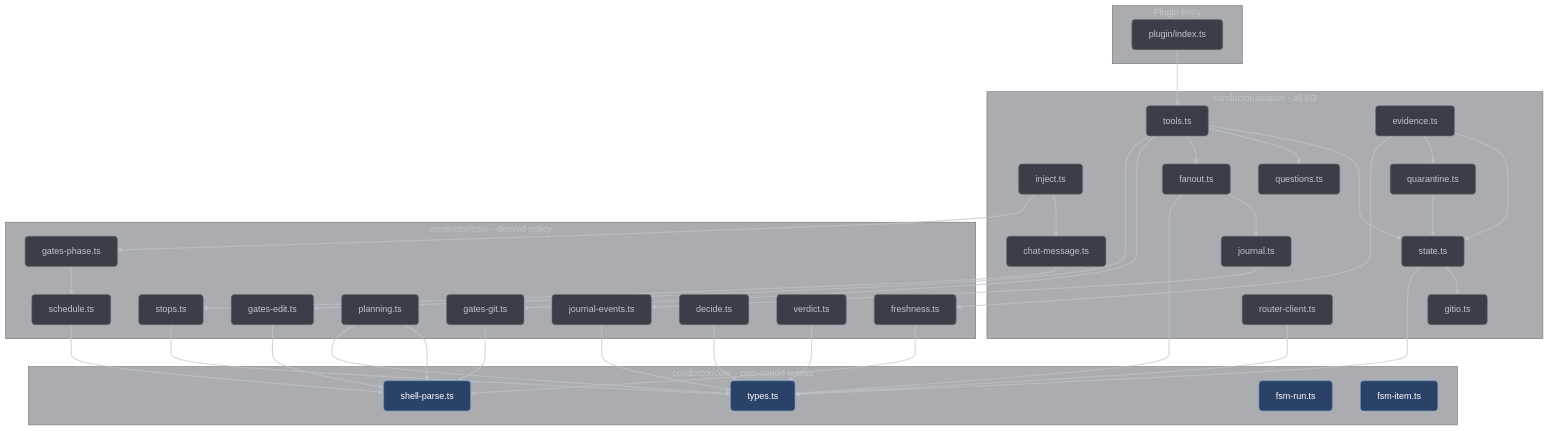
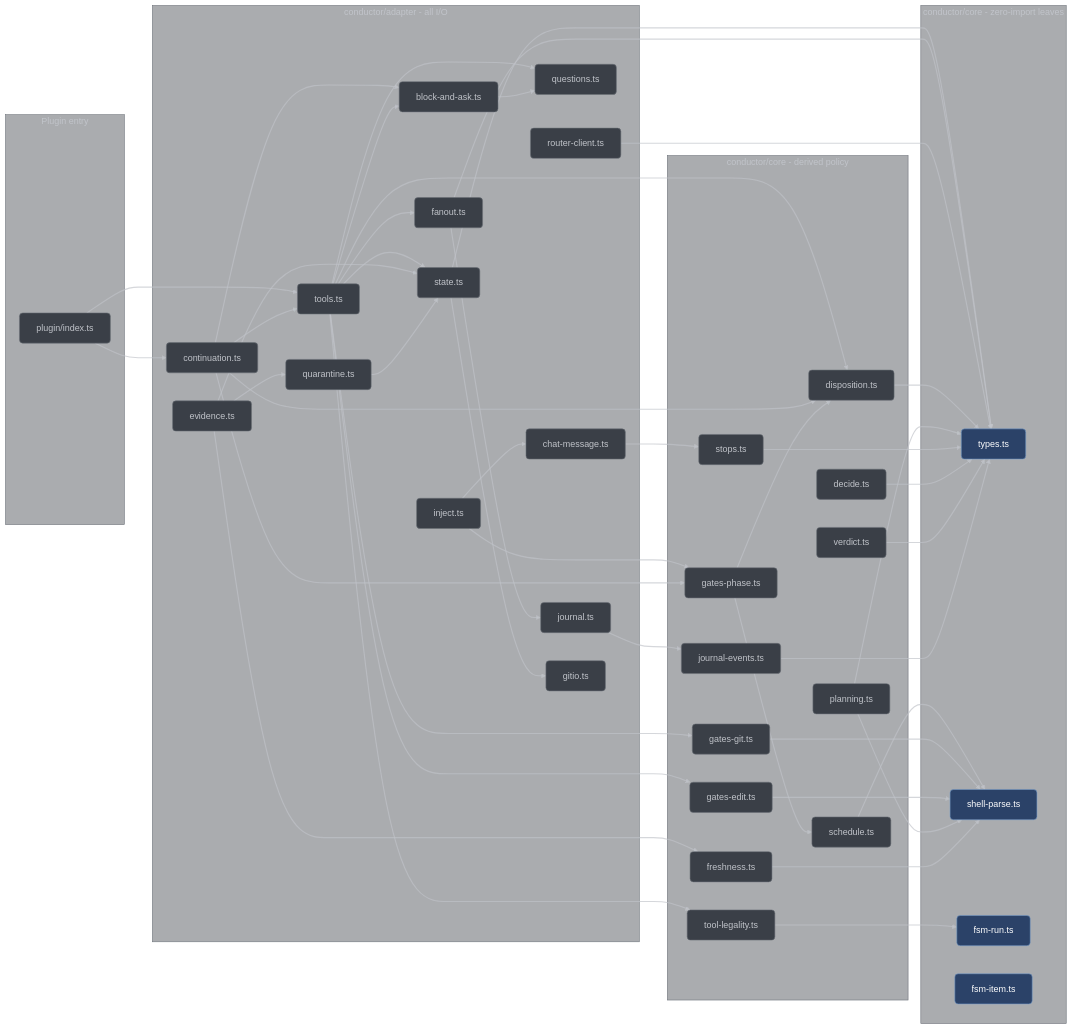
Before and after one commit to vorlac/llama-harness: the diagram in docs/developer/core-and-adapters.md, drawn with Mermaid. The commit also changed other lines of this file and 44 other files, not shown here.

Commit message:
global repo docs sync, corrections, added coverage/explanations, drift corrections, diagram layout improvements, etc

````diff
--- a/docs/developer/core-and-adapters.md
+++ b/docs/developer/core-and-adapters.md
@@ -129,7 +129,8 @@
 ---
 config:
     theme: 'base'
-    curve: 'straight'
+    flowchart:
+        curve: 'basis'
     themeVariables:
         darkMode: true
         clusterBkg: '#22272f62'
@@ -152,38 +153,45 @@
         edgeLabelBackground: '#262B33'
         labelTextColor: '#C1C4CA'
 ---
-flowchart TD
 %% Source: conductor/{core,adapter,plugin} import statements
+%% Layout: left-to-right, so each tier is a column. Invisible spacers pin the
+%% deepest node of each tier ahead of the shallowest node of the tier below,
+%% so the four clusters occupy disjoint rank ranges instead of interleaving.
+flowchart LR
 
     subgraph L3["Plugin entry"]
         IDX["plugin/index.ts"]
     end
 
     subgraph L2["conductor/adapter - all I/O"]
+        CONT["continuation.ts"]
+        INJECT["inject.ts"]
+        ROUT["router-client.ts"]
         TOOLS["tools.ts"]
-        INJECT["inject.ts"]
+        BLOCK["block-and-ask.ts"]
+        EVID["evidence.ts"]
         CHAT["chat-message.ts"]
-        EVID["evidence.ts"]
+        QUEST["questions.ts"]
         QUAR["quarantine.ts"]
+        FAN["fanout.ts"]
         STATE["state.ts"]
-        QUEST["questions.ts"]
+        JOURN["journal.ts"]
         GITIO["gitio.ts"]
-        JOURN["journal.ts"]
-        FAN["fanout.ts"]
-        ROUT["router-client.ts"]
     end
 
     subgraph L1["conductor/core - derived policy"]
         GPHASE["gates-phase.ts"]
         GGIT["gates-git.ts"]
         GEDIT["gates-edit.ts"]
-        SCHED["schedule.ts"]
-        PLANNING["planning.ts"]
+        TLEG["tool-legality.ts"]
         FRESH["freshness.ts"]
         STOPS["stops.ts"]
+        JEV["journal-events.ts"]
+        PLANNING["planning.ts"]
         DECIDE["decide.ts"]
         VERD["verdict.ts"]
-        JEV["journal-events.ts"]
+        DISP["disposition.ts"]
+        SCHED["schedule.ts"]
     end
 
     subgraph L0["conductor/core - zero-import leaves"]
@@ -194,10 +202,15 @@
     end
 
     IDX --> TOOLS
+    IDX --> CONT
 
+    CONT --> TOOLS
+    CONT --> BLOCK
     TOOLS --> STATE
     TOOLS --> QUEST
     TOOLS --> FAN
+    TOOLS --> BLOCK
+    BLOCK --> QUEST
     INJECT --> CHAT
     EVID --> STATE
     EVID --> QUAR
@@ -207,15 +220,23 @@
 
     TOOLS --> GGIT
     TOOLS --> GEDIT
+    TOOLS --> TLEG
+    TOOLS --> DISP
     INJECT --> GPHASE
+    CONT --> GPHASE
+    CONT --> DISP
     EVID --> FRESH
     JOURN --> JEV
     CHAT --> STOPS
+
+    GPHASE --> SCHED
+    GPHASE --> DISP
+
     STATE --> TYPES
     FAN --> TYPES
     ROUT --> TYPES
-
-    GPHASE --> SCHED
+    DISP --> TYPES
+    TLEG --> FSMR
     SCHED --> SHELL
     GGIT --> SHELL
     GEDIT --> SHELL
@@ -227,12 +248,32 @@
     VERD --> TYPES
     JEV --> TYPES
 
-    linkStyle default stroke:#C1C4CAaa,stroke-width:2px,color:#C1C4CAaa
+    %% rank spacers - invisible, no semantic meaning
+    IDX ~~~ INJECT
+    IDX ~~~ EVID
+    IDX ~~~ ROUT
+    GITIO ~~~ GPHASE
+    GITIO ~~~ GGIT
+    GITIO ~~~ GEDIT
+    GITIO ~~~ TLEG
+    GITIO ~~~ FRESH
+    GITIO ~~~ STOPS
+    GITIO ~~~ JEV
+    GITIO ~~~ PLANNING
+    GITIO ~~~ DECIDE
+    GITIO ~~~ VERD
+    SCHED ~~~ TYPES
+    SCHED ~~~ SHELL
+    SCHED ~~~ FSMR
+    SCHED ~~~ FSMI
+
+    %% real edges are 0-41; the 17 spacers start at 42 and keep their invisible stroke
+    linkStyle 0,1,2,3,4,5,6,7,8,9,10,11,12,13,14,15,16,17,18,19,20,21,22,23,24,25,26,27,28,29,30,31,32,33,34,35,36,37,38,39,40,41 stroke:#C1C4CAaa,stroke-width:2px,color:#C1C4CAaa
 
     classDef neutral fill:#3a3f47,stroke:#6a6f77,color:#C1C4CA,rx:6,ry:6
     classDef accent  fill:#2b4268,stroke:#779DC9,color:#ffffff,rx:6,ry:6
 
-    class IDX,TOOLS,INJECT,CHAT,EVID,QUAR,STATE,QUEST,GITIO,JOURN,FAN,ROUT neutral
-    class GPHASE,GGIT,GEDIT,SCHED,PLANNING,FRESH,STOPS,DECIDE,VERD,JEV neutral
+    class IDX,TOOLS,INJECT,CHAT,EVID,QUAR,STATE,QUEST,GITIO,JOURN,FAN,ROUT,CONT,BLOCK neutral
+    class GPHASE,GGIT,GEDIT,SCHED,PLANNING,FRESH,STOPS,DECIDE,VERD,JEV,DISP,TLEG neutral
     class TYPES,SHELL,FSMR,FSMI accent
 ```
````
